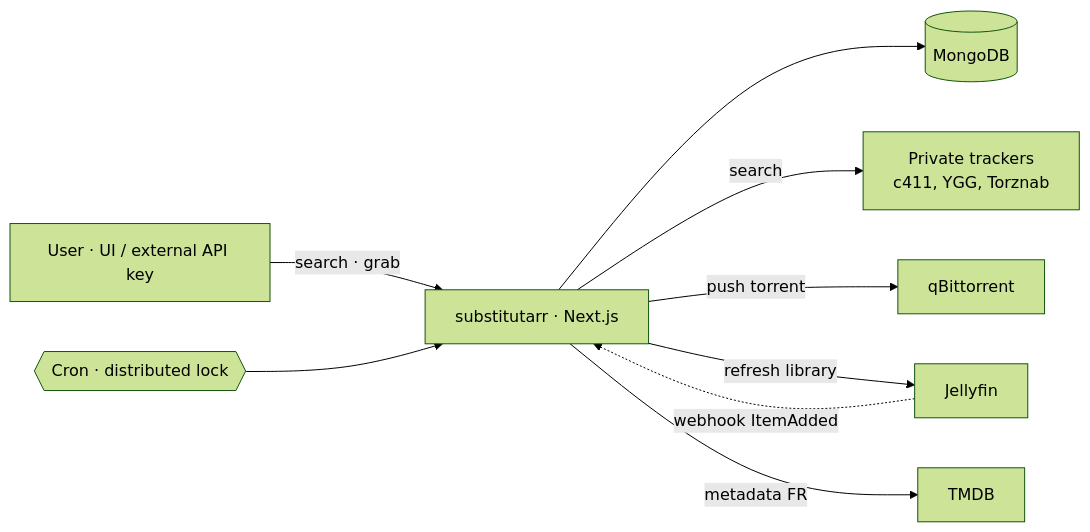
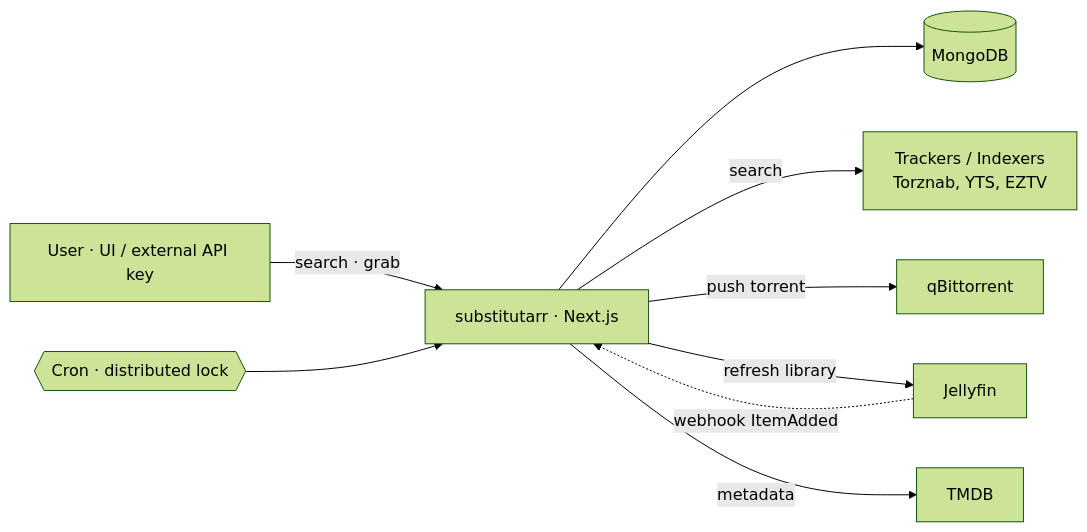
The diagram in README.md (PhytoPlancton/substitutarr), drawn with Mermaid (forest theme) before and after one commit. The commit also changed other lines of this file, not shown here.

````diff
--- a/README.md
+++ b/README.md
@@ -53,11 +58,11 @@
 ```mermaid
 flowchart LR
     U[User · UI / external API key] -->|search · grab| APP[substitutarr · Next.js]
     APP --> MDB[(MongoDB)]
-    APP -->|search| IDX[Private trackers<br/>c411, YGG, Torznab]
+    APP -->|search| IDX[Trackers / Indexers<br/>Torznab, YTS, EZTV]
     APP -->|push torrent| QB[qBittorrent]
     APP -->|refresh library| JF[Jellyfin]
     JF -.->|webhook ItemAdded| APP
-    APP -->|metadata FR| TMDB[TMDB]
+    APP -->|metadata| TMDB[TMDB]
     CRON{{Cron · distributed lock}} --> APP
 ```
````
